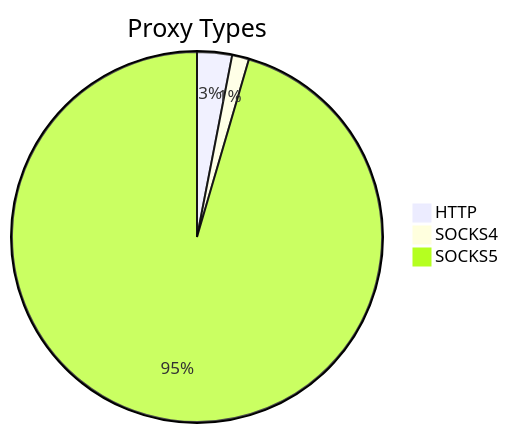
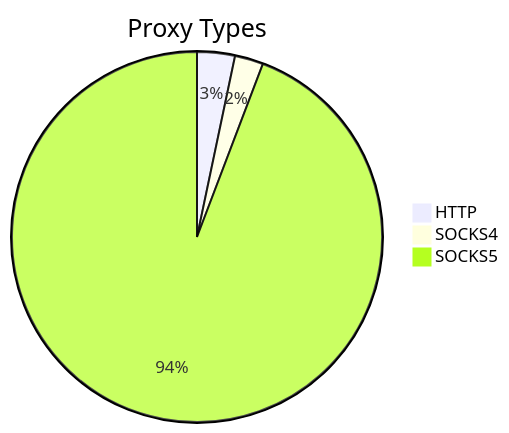
Before and after one commit to stormsia/proxy-list: the first of 2 diagrams in README.md, drawn with Mermaid. The commit also changed other lines of this file, not shown here.

````diff
--- a/README.md
+++ b/README.md
@@ -21,6 +21,6 @@
 ```mermaid
 pie title Proxy Types
-    "HTTP" : 68
-    "SOCKS4" : 33
-    "SOCKS5" : 2132
+    "HTTP" : 61
+    "SOCKS4" : 46
+    "SOCKS5" : 1742
 ```
````
